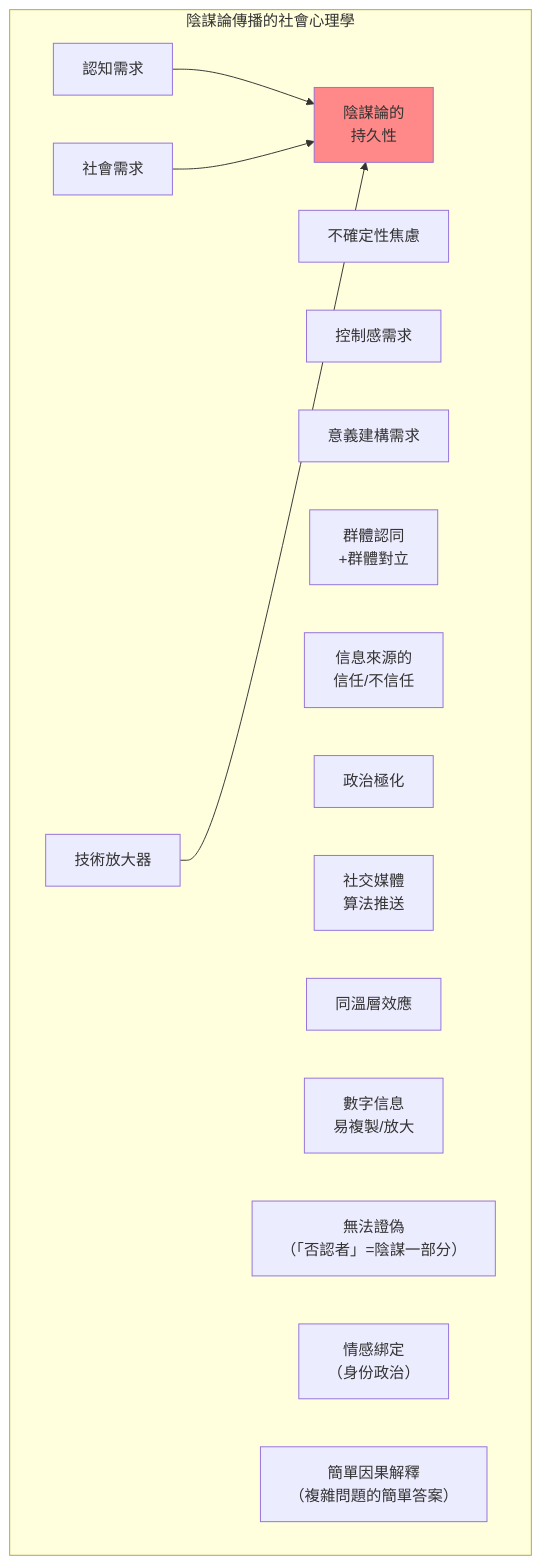
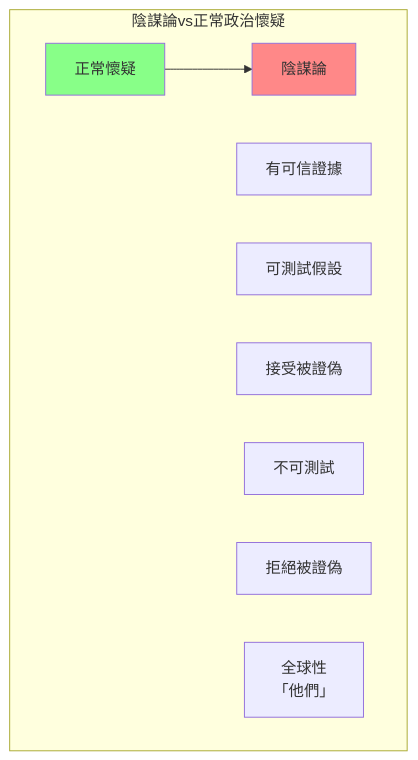
One commit to yip-lgtm/HKU-Harvard-History-Self-Study changed the fifth of 5 diagrams in 02_Harvard_Courses/101_Foundations/Hist12.md. Above: the diagram before and after it, drawn with Mermaid. The commit also changed other lines of this file and 65 other files, not shown here.

````diff
--- a/02_Harvard_Courses/101_Foundations/Hist12.md
+++ b/02_Harvard_Courses/101_Foundations/Hist12.md
@@ -241,30 +177,18 @@
 ```mermaid
 graph TD
-    subgraph "陰謀論傳播的社會心理學"
-        A["認知需求"]
-        A1["不確定性焦慮"]
-        A2["控制感需求"]
-        A3["意義建構需求"]
+    subgraph "陰謀論vs正常政治懷疑"
+        A["正常懷疑"]
+        A1["有可信證據"]
+        A2["可測試假設"]
+        A3["接受被證偽"]
         
-        B["社會需求"]
-        B1["群體認同\n+群體對立"]
-        B2["信息來源的\n信任/不信任"]
-        B3["政治極化"]
-        
-        C["技術放大器"]
-        C1["社交媒體\n算法推送"]
-        C2["同溫層效應"]
-        C3["數字信息\n易複製/放大"]
-        
-        D["陰謀論的\n持久性"]
-        D1["無法證偽\n（「否認者」=陰謀一部分）"]
-        D2["情感綁定\n（身份政治）"]
-        D3["簡單因果解釋\n（複雜問題的簡單答案）"]
+        B["陰謀論"]
+        B1["不可測試"]
+        B2["拒絕被證偽"]
+        B3["全球性\n「他們」"]
     end
     
-    A --> D
-    B --> D
-    C --> D
-    
-    style D fill:#f88
+    A --> B
+    style A fill:#8f8
+    style B fill:#f88
 ```
````
